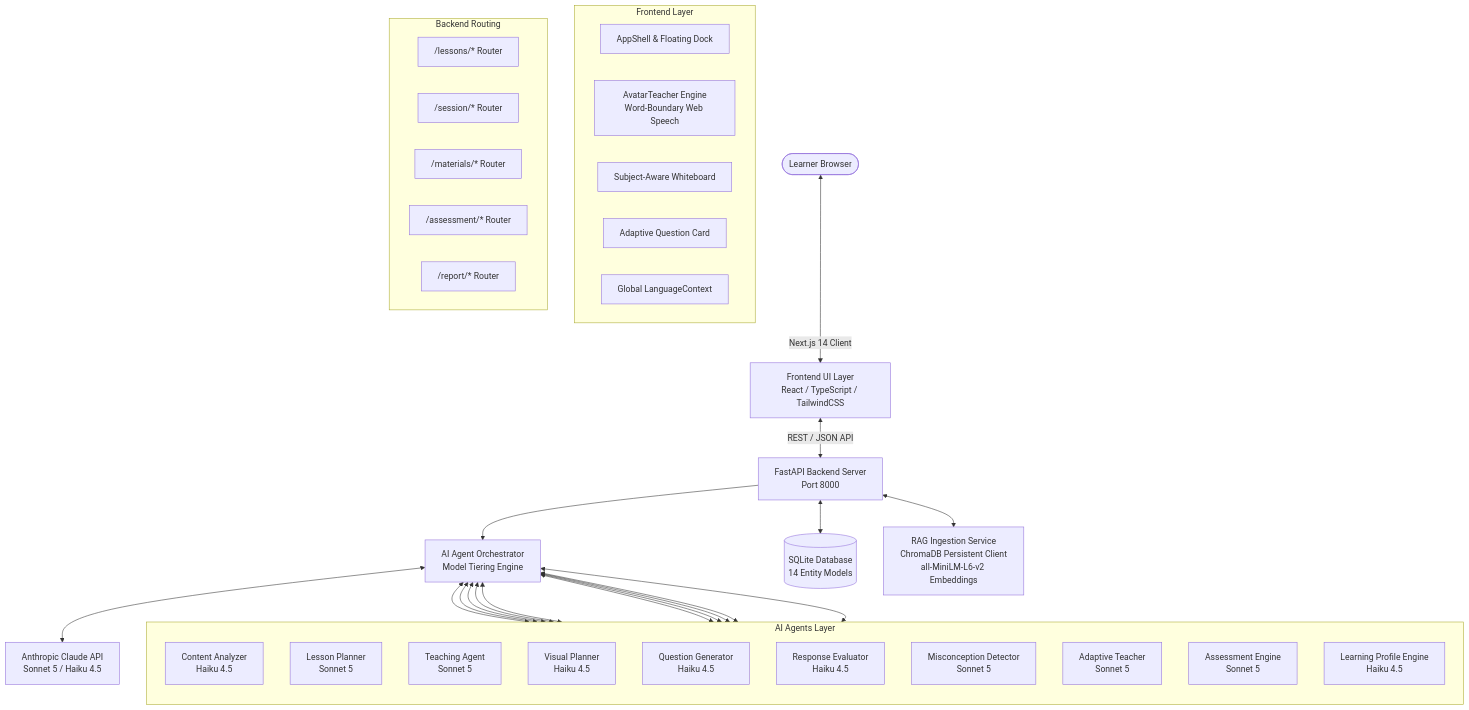
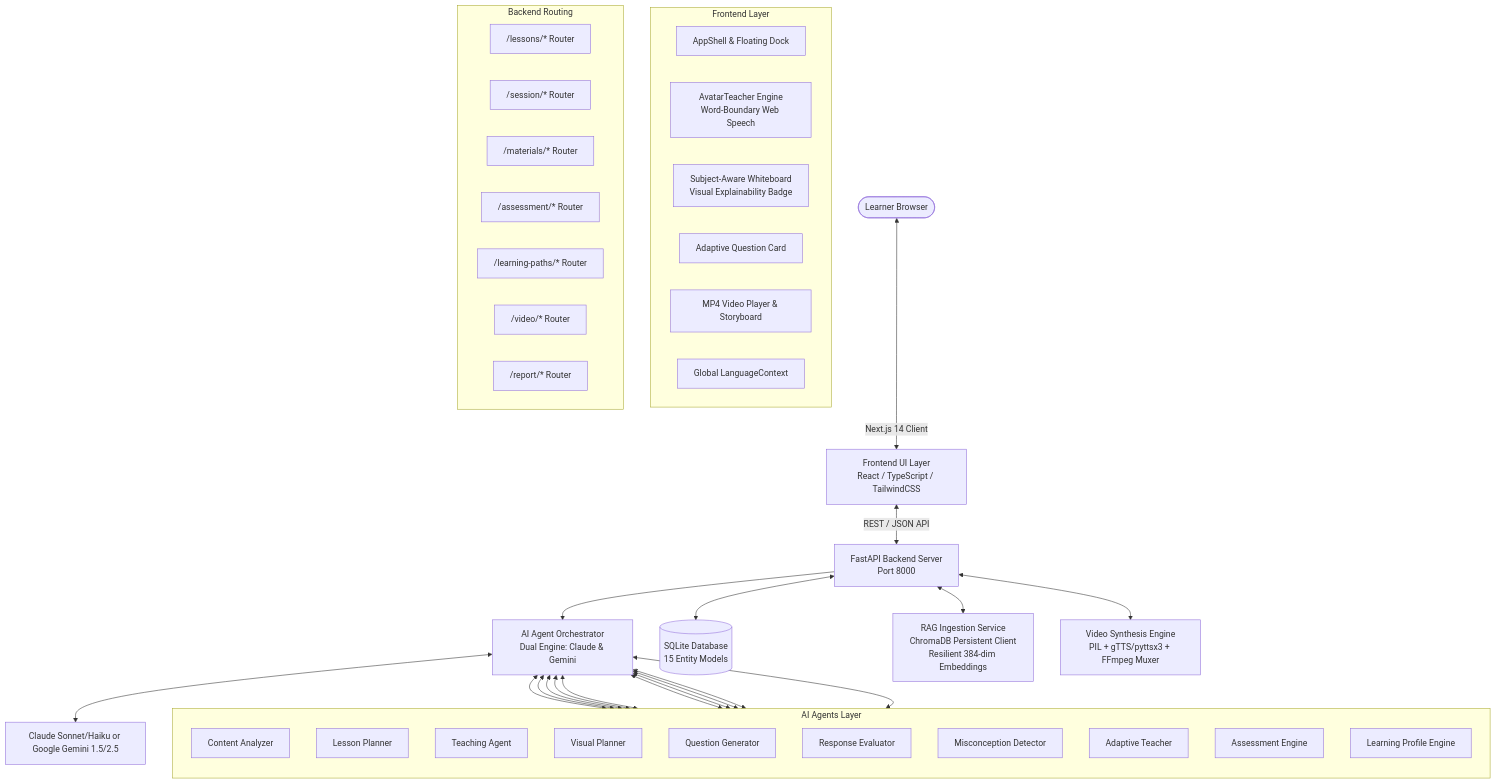
The diagram in README.md (gintama1018/ML-HACKATHON-2-LEVEL-ASSIGNMENT), drawn with Mermaid before and after one commit. The commit also changed other lines of this file and 17 other files, not shown here.

Commit message:
feat(hardening): implement resilient video synthesis, learning paths, universal remediation, and compliance defense

````diff
--- a/README.md
+++ b/README.md
@@ -97,53 +95,57 @@
 ```mermaid
 flowchart TD
     User([Learner Browser]) <-->|Next.js 14 Client| Frontend[Frontend UI Layer<br/>React / TypeScript / TailwindCSS]
     
     subgraph Frontend Layer
         AppShell[AppShell & Floating Dock]
         Avatar[AvatarTeacher Engine<br/>Word-Boundary Web Speech]
-        WB[Subject-Aware Whiteboard]
+        WB[Subject-Aware Whiteboard<br/>Visual Explainability Badge]
         Card[Adaptive Question Card]
+        Player[MP4 Video Player & Storyboard]
         I18n[Global LanguageContext]
     end
 
     Frontend <-->|REST / JSON API| Backend[FastAPI Backend Server<br/>Port 8000]
 
     subgraph Backend Routing
         R_Lessons["/lessons/* Router"]
         R_Sessions["/session/* Router"]
         R_Materials["/materials/* Router"]
         R_Assessment["/assessment/* Router"]
+        R_Paths["/learning-paths/* Router"]
+        R_Video["/video/* Router"]
         R_Report["/report/* Router"]
     end
 
-    Backend --> AgentOrch[AI Agent Orchestrator<br/>Model Tiering Engine]
+    Backend --> AgentOrch[AI Agent Orchestrator<br/>Dual Engine: Claude & Gemini]
 
     subgraph AI Agents Layer
         direction TB
-        A1[Content Analyzer<br/>Haiku 4.5]
-        A2[Lesson Planner<br/>Sonnet 5]
-        A3[Teaching Agent<br/>Sonnet 5]
-        A4[Visual Planner<br/>Haiku 4.5]
-        A5[Question Generator<br/>Haiku 4.5]
-        A6[Response Evaluator<br/>Haiku 4.5]
-        A7[Misconception Detector<br/>Sonnet 5]
-        A8[Adaptive Teacher<br/>Sonnet 5]
-        A9[Assessment Engine<br/>Sonnet 5]
-        A10[Learning Profile Engine<br/>Haiku 4.5]
+        A1[Content Analyzer]
+        A2[Lesson Planner]
+        A3[Teaching Agent]
+        A4[Visual Planner]
+        A5[Question Generator]
+        A6[Response Evaluator]
+        A7[Misconception Detector]
+        A8[Adaptive Teacher]
+        A9[Assessment Engine]
+        A10[Learning Profile Engine]
     end
 
     AgentOrch <--> A1
     AgentOrch <--> A2
     AgentOrch <--> A3
     AgentOrch <--> A4
     AgentOrch <--> A5
     AgentOrch <--> A6
     AgentOrch <--> A7
     AgentOrch <--> A8
     AgentOrch <--> A9
     AgentOrch <--> A10
 
-    AgentOrch <--> ClaudeClient[Anthropic Claude API<br/>Sonnet 5 / Haiku 4.5]
-    Backend <--> SQLite[(SQLite Database<br/>14 Entity Models)]
-    Backend <--> RAG[RAG Ingestion Service<br/>ChromaDB Persistent Client<br/>all-MiniLM-L6-v2 Embeddings]
+    AgentOrch <--> LLM[Claude Sonnet/Haiku or Google Gemini 1.5/2.5]
+    Backend <--> SQLite[(SQLite Database<br/>15 Entity Models)]
+    Backend <--> RAG[RAG Ingestion Service<br/>ChromaDB Persistent Client<br/>Resilient 384-dim Embeddings]
+    Backend <--> VideoGen[Video Synthesis Engine<br/>PIL + gTTS/pyttsx3 + FFmpeg Muxer]
 ```
````
